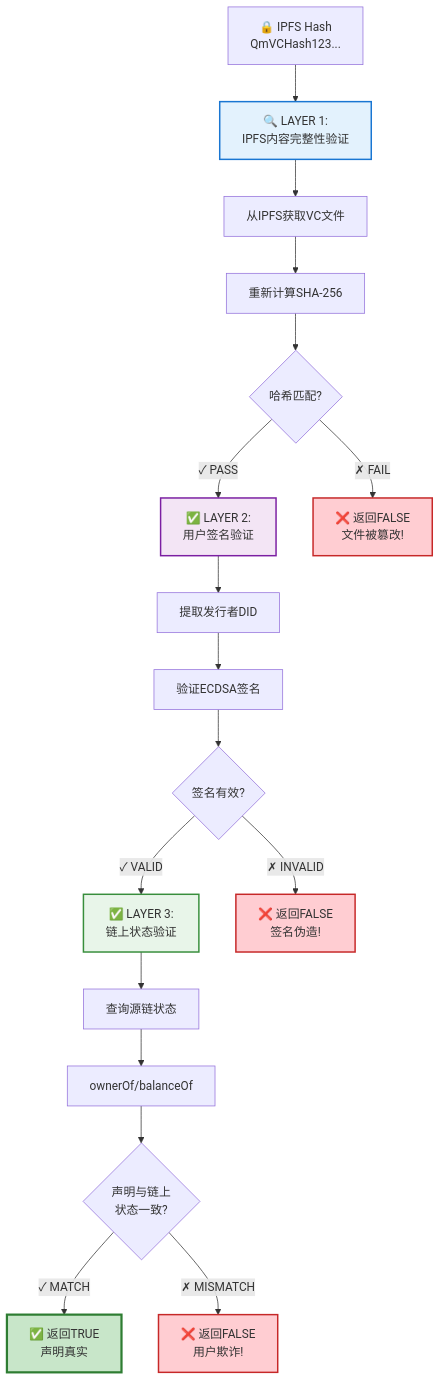
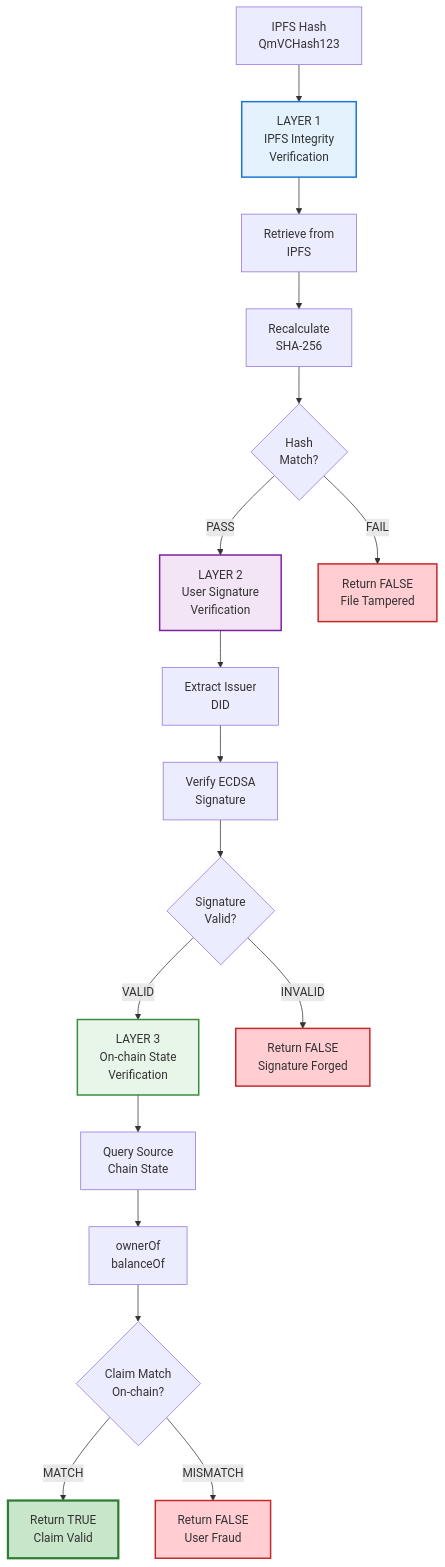
The fourth of 17 diagrams in src/jcc_blog/pic.md (JCCDex/jcc_document), drawn with Mermaid before and after one commit. The commit also changed other lines of this file, not shown here.

First line of the commit message:
Fix Mermaid 8.9.2 compatibility issues

````diff
--- a/src/jcc_blog/pic.md
+++ b/src/jcc_blog/pic.md
@@ -156,33 +156,33 @@
 ```mermaid
 graph TD
-    Start["🔒 IPFS Hash<br/>QmVCHash123..."] --> L1["🔍 LAYER 1:<br/>IPFS内容完整性验证"]
+    Start["IPFS Hash<br/>QmVCHash123"] --> L1["LAYER 1<br/>IPFS Integrity<br/>Verification"]
     
-    L1 --> L1_1["从IPFS获取VC文件"]
-    L1_1 --> L1_2["重新计算SHA-256"]
-    L1_2 --> L1_3{"哈希匹配?"}
+    L1 --> L1_1["Retrieve from<br/>IPFS"]
+    L1_1 --> L1_2["Recalculate<br/>SHA-256"]
+    L1_2 --> L1_3{"Hash<br/>Match?"}
     
-    L1_3 -->|✓ PASS| L2["✅ LAYER 2:<br/>用户签名验证"]
-    L1_3 -->|✗ FAIL| Fail1["❌ 返回FALSE<br/>文件被篡改!"]
+    L1_3 -->|PASS| L2["LAYER 2<br/>User Signature<br/>Verification"]
+    L1_3 -->|FAIL| Fail1["Return FALSE<br/>File Tampered"]
     
-    L2 --> L2_1["提取发行者DID"]
-    L2_1 --> L2_2["验证ECDSA签名"]
-    L2_2 --> L2_3{"签名有效?"}
+    L2 --> L2_1["Extract Issuer<br/>DID"]
+    L2_1 --> L2_2["Verify ECDSA<br/>Signature"]
+    L2_2 --> L2_3{"Signature<br/>Valid?"}
     
-    L2_3 -->|✓ VALID| L3["✅ LAYER 3:<br/>链上状态验证"]
-    L2_3 -->|✗ INVALID| Fail2["❌ 返回FALSE<br/>签名伪造!"]
+    L2_3 -->|VALID| L3["LAYER 3<br/>On-chain State<br/>Verification"]
+    L2_3 -->|INVALID| Fail2["Return FALSE<br/>Signature Forged"]
     
-    L3 --> L3_1["查询源链状态"]
-    L3_1 --> L3_2["ownerOf/balanceOf"]
-    L3_2 --> L3_3{"声明与链上<br/>状态一致?"}
+    L3 --> L3_1["Query Source<br/>Chain State"]
+    L3_1 --> L3_2["ownerOf<br/>balanceOf"]
+    L3_2 --> L3_3{"Claim Match<br/>On-chain?"}
     
-    L3_3 -->|✓ MATCH| Pass["✅ 返回TRUE<br/>声明真实"]
-    L3_3 -->|✗ MISMATCH| Fail3["❌ 返回FALSE<br/>用户欺诈!"]
+    L3_3 -->|MATCH| Pass["Return TRUE<br/>Claim Valid"]
+    L3_3 -->|MISMATCH| Fail3["Return FALSE<br/>User Fraud"]
     
     style L1 fill:#e3f2fd,stroke:#1976d2,stroke-width:2px
     style L2 fill:#f3e5f5,stroke:#7b1fa2,stroke-width:2px
     style L3 fill:#e8f5e9,stroke:#388e3c,stroke-width:2px
     style Pass fill:#c8e6c9,stroke:#2e7d32,stroke-width:3px
     style Fail1 fill:#ffcdd2,stroke:#c62828,stroke-width:2px
     style Fail2 fill:#ffcdd2,stroke:#c62828,stroke-width:2px
     style Fail3 fill:#ffcdd2,stroke:#c62828,stroke-width:2px
 ```
````
